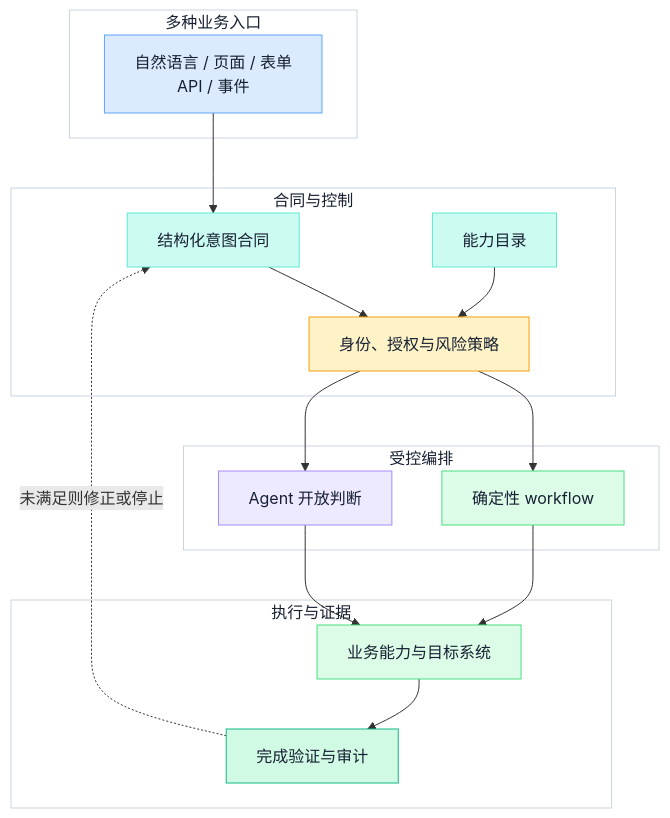
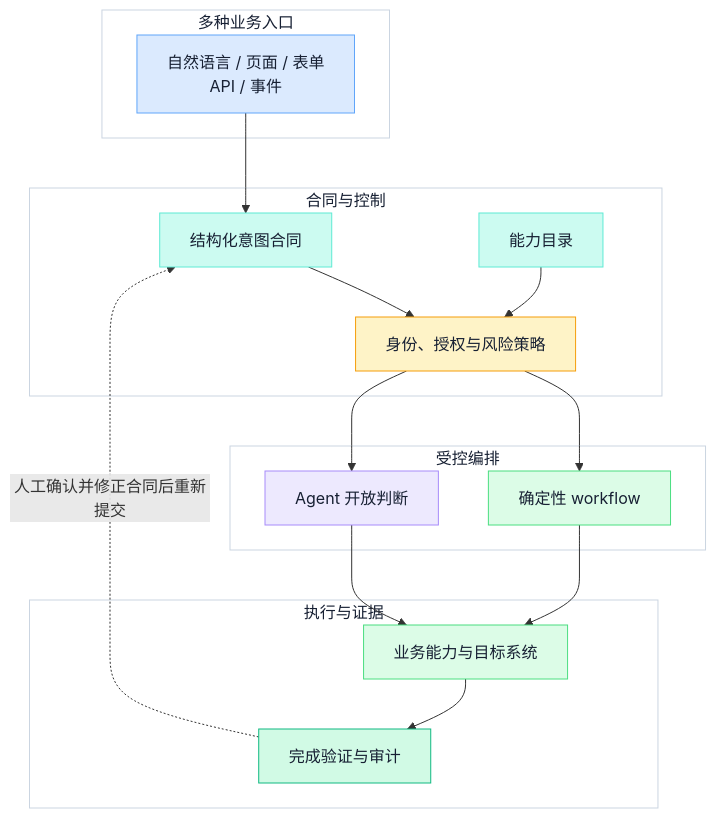
The first of 3 diagrams in backend/app/ai_notes/content/05-thinking-and-methods/02-intent-driven-ai-business-platform.md (ink-hz/AI-Agent-Platform), drawn with Mermaid before and after one commit. The commit also changed other lines of this file and 1 other file, not shown here.

````diff
--- a/backend/app/ai_notes/content/05-thinking-and-methods/02-intent-driven-ai-business-platform.md
+++ b/backend/app/ai_notes/content/05-thinking-and-methods/02-intent-driven-ai-business-platform.md
@@ -79,49 +79,49 @@
 ```mermaid
 flowchart TB
     accTitle: 意图驱动 AI 业务平台分层
     accDescr: 多种入口形成结构化意图合同，能力与策略约束编排选择，确定性工作流或 Agent 调用受控能力并以真实证据完成任务。
 
     subgraph ENTRY["多种业务入口"]
         E["自然语言 / 页面 / 表单<br/>API / 事件"]
     end
     subgraph CONTRACT["合同与控制"]
         I["结构化意图合同"]
         C["能力目录"]
         P["身份、授权与风险策略"]
     end
     subgraph ORCH["受控编排"]
         W["确定性 workflow"]
         A["Agent 开放判断"]
     end
     subgraph EXEC["执行与证据"]
         X["业务能力与目标系统"]
         V["完成验证与审计"]
     end
 
     E --> I
     I --> P
     C --> P
     P --> W
     P --> A
     W --> X
     A --> X
     X --> V
-    V -. "未满足则修正或停止" .-> I
+    V -. "人工确认并修正合同后重新提交" .-> I
 
     classDef input fill:#DBEAFE,stroke:#60A5FA,color:#172033;
     classDef data fill:#CCFBF1,stroke:#5EEAD4,color:#172033;
     classDef policy fill:#FEF3C7,stroke:#F59E0B,color:#172033;
     classDef model fill:#EDE9FE,stroke:#A78BFA,color:#172033;
     classDef tool fill:#DCFCE7,stroke:#4ADE80,color:#172033;
     classDef success fill:#D1FAE5,stroke:#10B981,color:#172033;
     class E input;
     class I,C data;
     class P policy;
     class A model;
     class W,X tool;
     class V success;
     style ENTRY fill:#FFFFFF,stroke:#CBD5E1,color:#172033;
     style CONTRACT fill:#FFFFFF,stroke:#CBD5E1,color:#172033;
     style ORCH fill:#FFFFFF,stroke:#CBD5E1,color:#172033;
     style EXEC fill:#FFFFFF,stroke:#CBD5E1,color:#172033;
 ```
````
